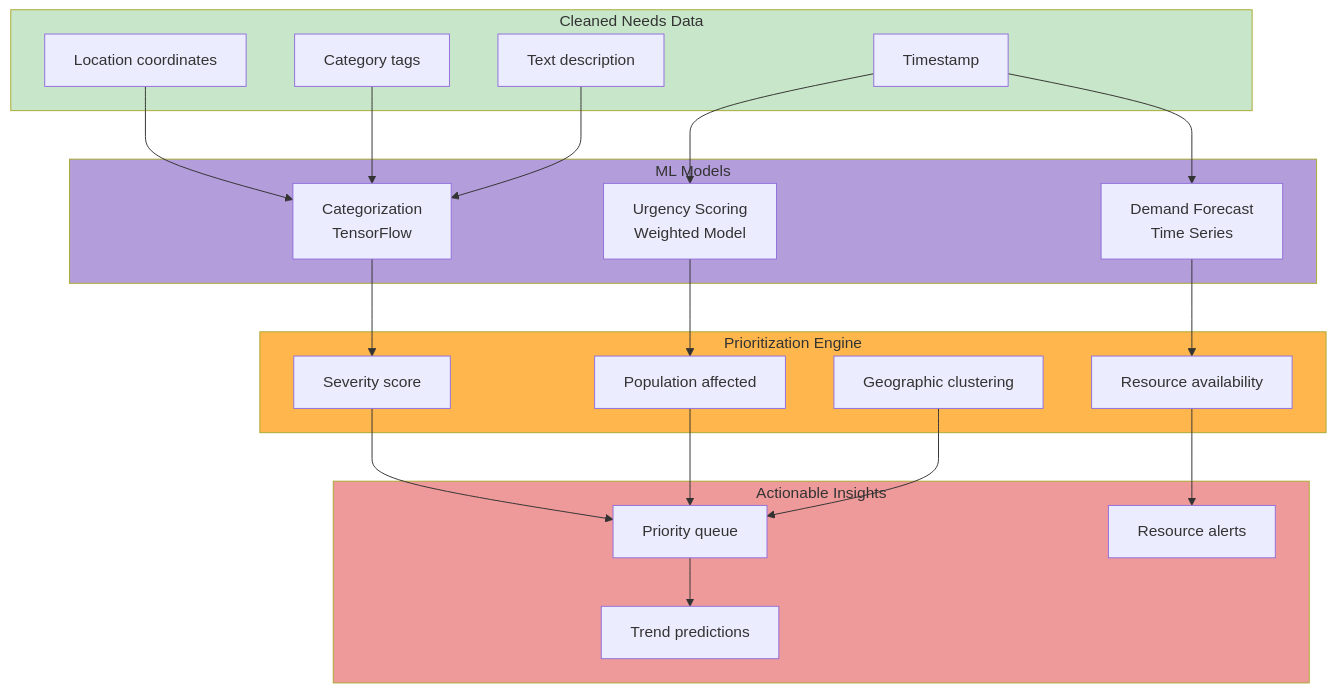
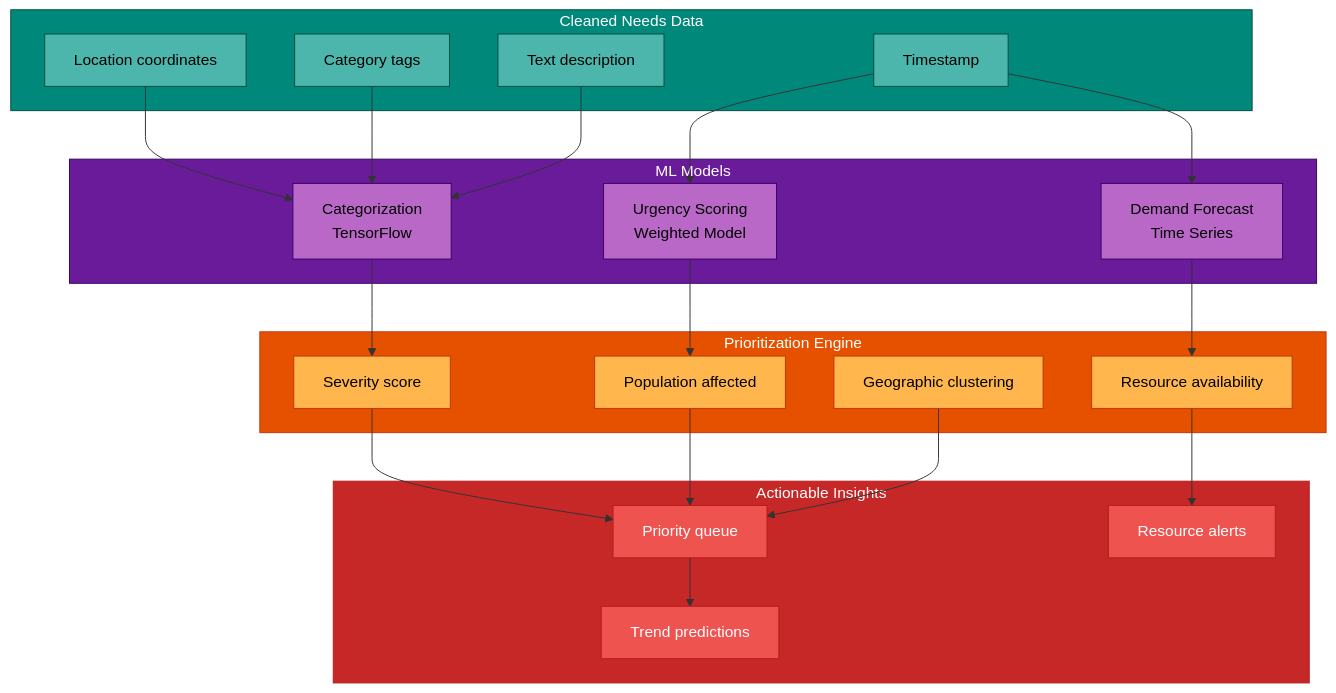
Before and after one commit to akshajtiwari/googl: the third of 5 diagrams in README.md, drawn with Mermaid. The commit also changed other lines of this file, not shown here.

````diff
--- a/README.md
+++ b/README.md
@@ -159,49 +188,64 @@
 ```mermaid
 flowchart TD
     subgraph input["Cleaned Needs Data"]
         A["Location coordinates"]
         B["Category tags"]
         C["Text description"]
         D["Timestamp"]
     end
     
     subgraph ml["ML Models"]
         E["Categorization<br/>TensorFlow"]
         F["Urgency Scoring<br/>Weighted Model"]
         G["Demand Forecast<br/>Time Series"]
     end
     
     subgraph logic["Prioritization Engine"]
         H["Severity score"]
         I["Population affected"]
         J["Resource availability"]
         K["Geographic clustering"]
     end
     
     subgraph output["Actionable Insights"]
         L["Priority queue"]
         M["Resource alerts"]
         N["Trend predictions"]
     end
     
     A --> E
     B --> E
     C --> E
     D --> F
     D --> G
     
     E --> H
     F --> I
     G --> J
     
     H --> L
     I --> L
     J --> M
     K --> L
     L --> N
     
-    style input fill:#c8e6c9
-    style ml fill:#b39ddb
-    style logic fill:#ffb74d
-    style output fill:#ef9a9a
+    style input fill:#00897b,stroke:#004d40,color:#fff
+    style ml fill:#6a1b9a,stroke:#38006b,color:#fff
+    style logic fill:#e65100,stroke:#bf360c,color:#fff
+    style output fill:#c62828,stroke:#b71c1c,color:#fff
+    
+    style A fill:#4db6ac,stroke:#004d40,color:#000
+    style B fill:#4db6ac,stroke:#004d40,color:#000
+    style C fill:#4db6ac,stroke:#004d40,color:#000
+    style D fill:#4db6ac,stroke:#004d40,color:#000
+    style E fill:#ba68c8,stroke:#38006b,color:#000
+    style F fill:#ba68c8,stroke:#38006b,color:#000
+    style G fill:#ba68c8,stroke:#38006b,color:#000
+    style H fill:#ffb74d,stroke:#bf360c,color:#000
+    style I fill:#ffb74d,stroke:#bf360c,color:#000
+    style J fill:#ffb74d,stroke:#bf360c,color:#000
+    style K fill:#ffb74d,stroke:#bf360c,color:#000
+    style L fill:#ef5350,stroke:#b71c1c,color:#fff
+    style M fill:#ef5350,stroke:#b71c1c,color:#fff
+    style N fill:#ef5350,stroke:#b71c1c,color:#fff
 ```
````
